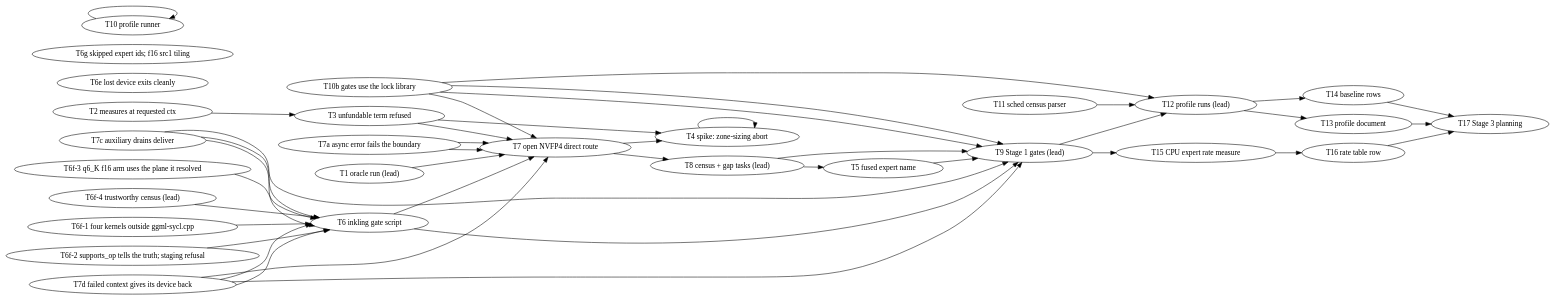
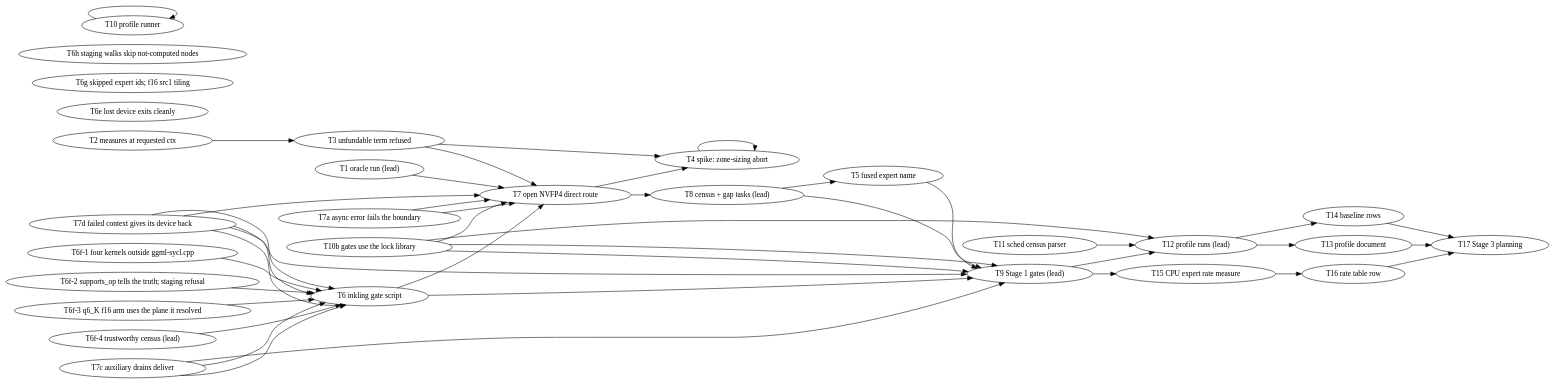
One commit to kainlan/llama.cpp-intel-optimizations changed the diagram in docs/plans/2026-11-21-inkling2-mini-sycl-enable-profile-optimize.md. Above: the diagram before and after it, drawn with Graphviz. The commit also changed other lines of this file, not shown here.

````diff
--- a/docs/plans/2026-11-21-inkling2-mini-sycl-enable-profile-optimize.md
+++ b/docs/plans/2026-11-21-inkling2-mini-sycl-enable-profile-optimize.md
@@ -96,44 +96,45 @@
 ```dot
 digraph dependencies {
     rankdir=LR;
     1  [label="T1 oracle run (lead)"];
     2  [label="T2 measures at requested ctx"];
     3  [label="T3 unfundable term refused"];
     4  [label="T4 spike: zone-sizing abort"];
     4b [label="T4b zone-sizing refusal"];
     5  [label="T5 fused expert name"];
     6  [label="T6 inkling gate script"];
     6b [label="T6b GPT-OSS gate without -ngl"];
     6c [label="T6c spike: GPT-OSS default context loses the B50"];
     6d [label="T6d not-computed nodes are not executed"];
     6e [label="T6e lost device exits cleanly"];
     6f1 [label="T6f-1 four kernels outside ggml-sycl.cpp"];
     6f2 [label="T6f-2 supports_op tells the truth; staging refusal"];
     6f3 [label="T6f-3 q6_K f16 arm uses the plane it resolved"];
     6f4 [label="T6f-4 trustworthy census (lead)"];
     6g [label="T6g skipped expert ids; f16 src1 tiling"];
+    6h [label="T6h staging walks skip not-computed nodes"];
     7a [label="T7a async error fails the boundary"];
     7d [label="T7d failed context gives its device back"];
     7b [label="T7b every queue has the handler"];
     7c [label="T7c auxiliary drains deliver"];
     7  [label="T7 open NVFP4 direct route"];
     8  [label="T8 census + gap tasks (lead)"];
     9  [label="T9 Stage 1 gates (lead)"];
     10 [label="T10 profile runner"];
     10b [label="T10b gates use the lock library"];
     11 [label="T11 sched census parser"];
     12 [label="T12 profile runs (lead)"];
     13 [label="T13 profile document"];
     14 [label="T14 baseline rows"];
     15 [label="T15 CPU expert rate measure"];
     16 [label="T16 rate table row"];
     17 [label="T17 Stage 3 planning"];
     2 -> 3; 3 -> 4b; 4 -> 4b; 7 -> 4b; 8 -> 5;
     1 -> 7a; 7a -> 7; 7a -> 7d; 7d -> 7b; 3 -> 7; 6 -> 7; 7 -> 8; 6c -> 6d; 6d -> 9; 7c -> 6e;
-    6d -> 6f1; 6d -> 6f2; 6f2 -> 6f3; 6f1 -> 6f4; 6f3 -> 6f4; 6f4 -> 6g;
+    6d -> 6f1; 6d -> 6f2; 6f2 -> 6f3; 6f1 -> 6f4; 6f3 -> 6f4; 6f4 -> 6g; 6d -> 6h;
     8 -> 9; 6 -> 9; 6b -> 9; 4b -> 9; 5 -> 9; 7b -> 7c; 7c -> 9;
     9 -> 12; 10 -> 10b; 10b -> 12; 11 -> 12;
     12 -> 13; 12 -> 14; 9 -> 15; 15 -> 16;
     13 -> 17; 14 -> 17; 16 -> 17;
 }
 ```
````
